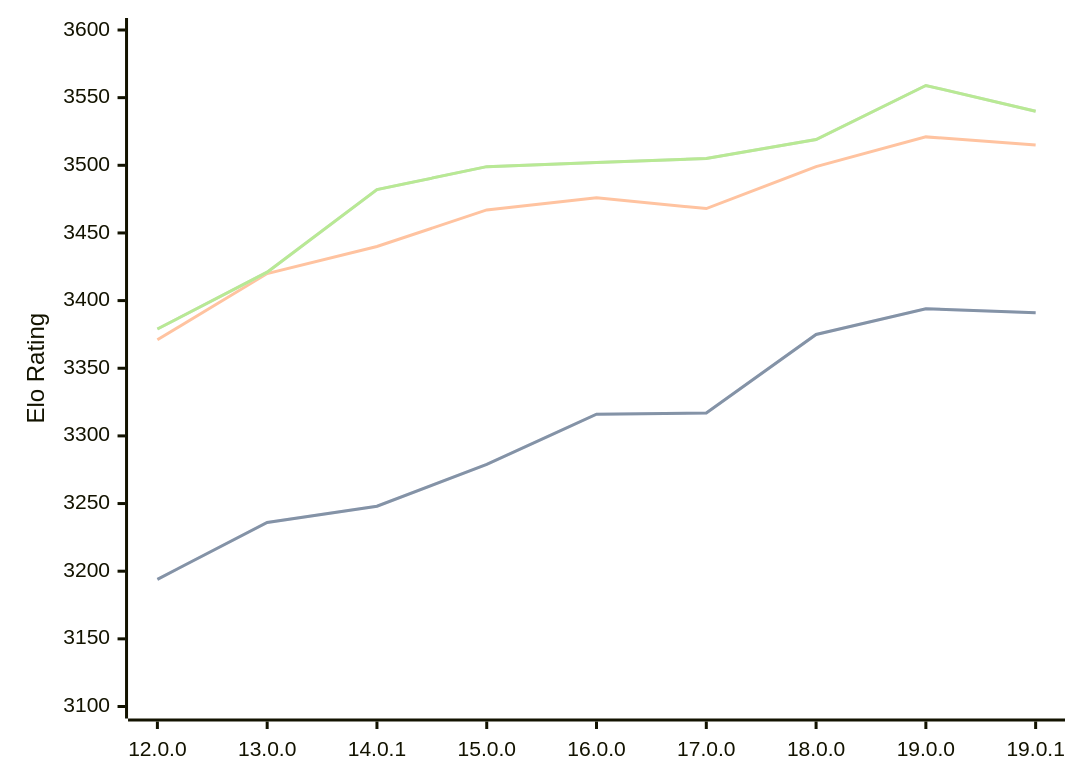
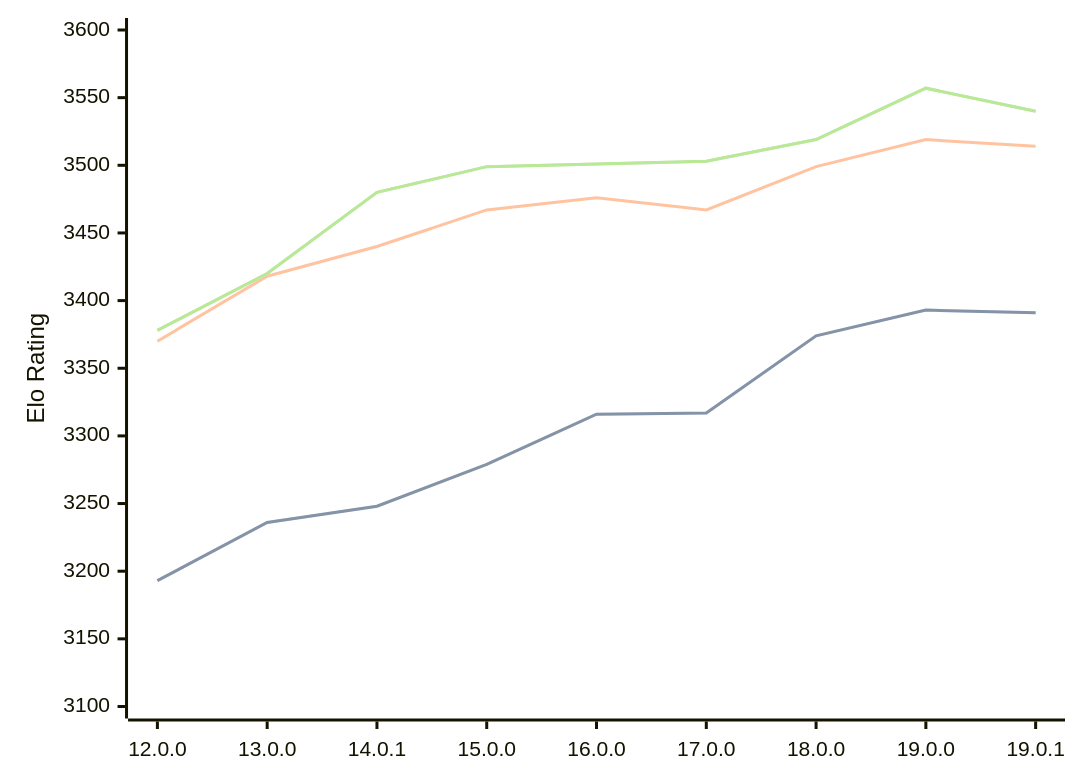
The first of 3 diagrams in engines/Viridithas.md (computer-chess-index/cci), drawn with Mermaid before and after one commit. The commit also changed other lines of this file, not shown here.

Commit message:
Update CCI Ratings (ELO VLTC) - 2026-06-27

````diff
--- a/engines/Viridithas.md
+++ b/engines/Viridithas.md
@@ -63,11 +63,11 @@
 ```mermaid
 %%{init: {"theme":"base","themeVariables":{"seriesColors:['#a3a3a3','#222221','#faa371']}}}%%
 xychart-beta
   x-axis ["12.0.0", "13.0.0", "14.0.1", "15.0.0", "16.0.0", "17.0.0", "18.0.0", "19.0.0", "19.0.1"]
   y-axis "Elo Rating" 3100 --> 3600
-  line "STC (8.0+0.08s)" [3194, 3236, 3248, 3279, 3316, 3317, 3375, 3394, 3391]
-  line "STC (8.0+0.08s)" [3194, 3236, 3248, 3279, 3316, 3317, 3375, 3394, 3391]
-  line "LTC (60.0+0.60s)" [3371, 3420, 3440, 3467, 3476, 3468, 3499, 3521, 3515]
-  line "VLTC (2m24s+1.12s)" [3379, 3421, 3482, 3499, 3502, 3505, 3519, 3559, 3540]
-  line "VLTC (2m24s+1.12s)" [3379, 3421, 3482, 3499, 3502, 3505, 3519, 3559, 3540]
+  line "STC (8.0+0.08s)" [3193, 3236, 3248, 3279, 3316, 3317, 3374, 3393, 3391]
+  line "STC (8.0+0.08s)" [3193, 3236, 3248, 3279, 3316, 3317, 3374, 3393, 3391]
+  line "LTC (60.0+0.60s)" [3370, 3418, 3440, 3467, 3476, 3467, 3499, 3519, 3514]
+  line "VLTC (2m24s+1.12s)" [3378, 3420, 3480, 3499, 3501, 3503, 3519, 3557, 3540]
+  line "VLTC (2m24s+1.12s)" [3378, 3420, 3480, 3499, 3501, 3503, 3519, 3557, 3540]
 ```
````
